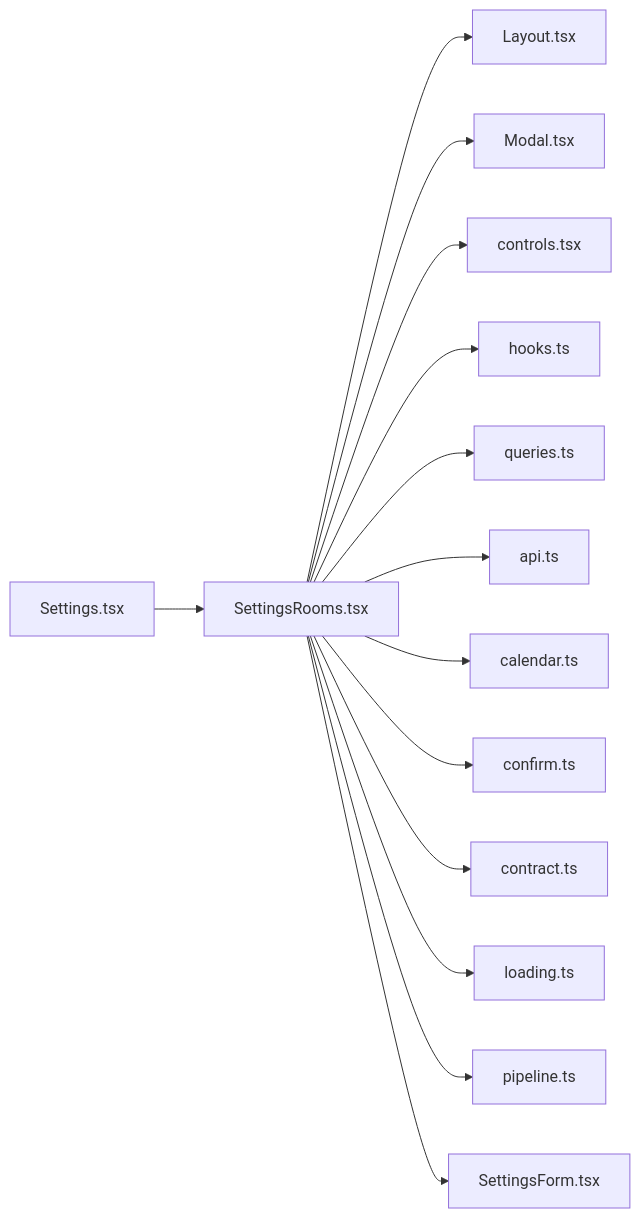
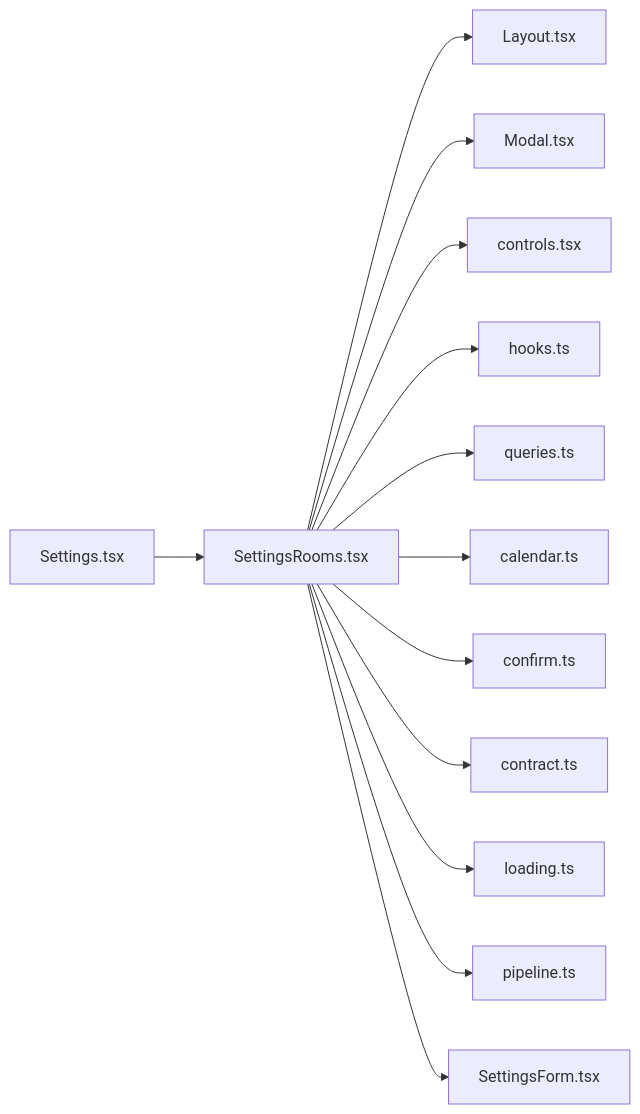
Before and after one commit to minkong-dev/Banblit: the diagram in .cluedoc/graph/frontend/src/routes/SettingsRooms.md, drawn with Mermaid. The commit also changed other lines of this file and 49 other files, not shown here.

````diff
--- a/.cluedoc/graph/frontend/src/routes/SettingsRooms.md
+++ b/.cluedoc/graph/frontend/src/routes/SettingsRooms.md
@@ -10,17 +10,16 @@
 ```mermaid
 flowchart LR
   frontend_src_routes_SettingsRooms["SettingsRooms.tsx"]
   frontend_src_routes_SettingsRooms --> frontend_src_components_Layout["Layout.tsx"]
   frontend_src_routes_SettingsRooms --> frontend_src_components_Modal["Modal.tsx"]
   frontend_src_routes_SettingsRooms --> frontend_src_components_controls["controls.tsx"]
   frontend_src_routes_SettingsRooms --> frontend_src_components_hooks["hooks.ts"]
   frontend_src_routes_SettingsRooms --> frontend_src_components_queries["queries.ts"]
-  frontend_src_routes_SettingsRooms --> frontend_src_lib_api["api.ts"]
   frontend_src_routes_SettingsRooms --> frontend_src_lib_calendar["calendar.ts"]
   frontend_src_routes_SettingsRooms --> frontend_src_lib_confirm["confirm.ts"]
   frontend_src_routes_SettingsRooms --> frontend_src_lib_contract["contract.ts"]
   frontend_src_routes_SettingsRooms --> frontend_src_lib_loading["loading.ts"]
   frontend_src_routes_SettingsRooms --> frontend_src_lib_pipeline["pipeline.ts"]
   frontend_src_routes_SettingsRooms --> frontend_src_routes_SettingsForm["SettingsForm.tsx"]
   frontend_src_routes_Settings["Settings.tsx"] --> frontend_src_routes_SettingsRooms
 ```
````
